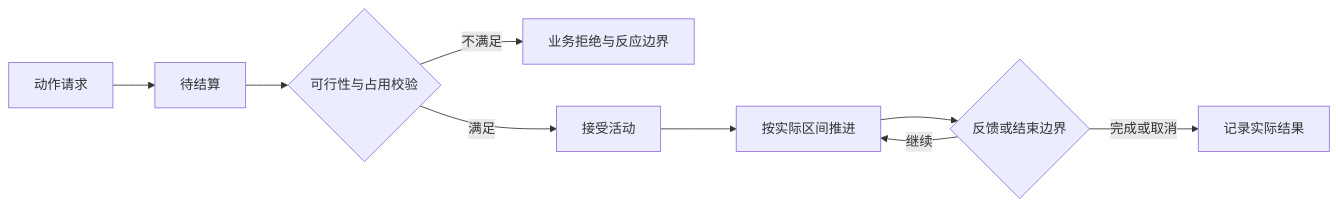
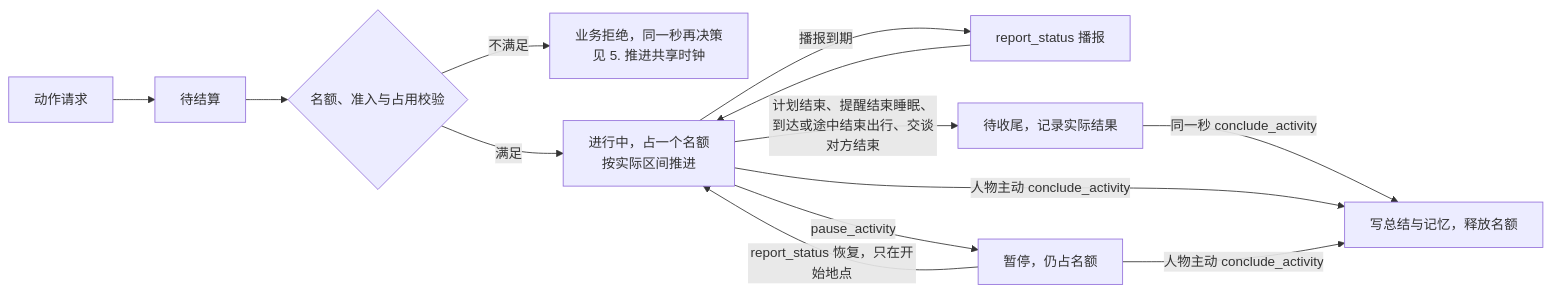
One commit to HoldThatThgt/WorldMock changed the sixth of 9 diagrams in docs/design/04-simulation-engine.md. Above: the diagram before and after it, drawn with Mermaid. The commit also changed other lines of this file and 28 other files, not shown here.

````diff
--- a/docs/design/04-simulation-engine.md
+++ b/docs/design/04-simulation-engine.md
@@ -373,11 +402,15 @@
 ```mermaid
 flowchart LR
     R[动作请求] --> Q[待结算]
-    Q --> V{可行性与占用校验}
-    V -->|不满足| J[业务拒绝与反应边界]
-    V -->|满足| A[接受活动]
-    A --> P[按实际区间推进]
-    P --> B{反馈或结束边界}
-    B -->|继续| P
-    B -->|完成或取消| E[记录实际结果]
+    Q --> V{名额、准入与占用校验}
+    V -->|不满足| J[业务拒绝，同一秒再决策<br/>见 5. 推进共享时钟]
+    V -->|满足| A[进行中，占一个名额<br/>按实际区间推进]
+    A -->|播报到期| B[report_status 播报]
+    B --> A
+    A -->|pause_activity| PZ[暂停，仍占名额]
+    PZ -->|report_status 恢复，只在开始地点| A
+    A -->|计划结束、提醒结束睡眠、到达或途中结束出行、交谈对方结束| E[待收尾，记录实际结果]
+    E -->|同一秒 conclude_activity| C[写总结与记忆，释放名额]
+    A -->|人物主动 conclude_activity| C
+    PZ -->|人物主动 conclude_activity| C
 ```
````
